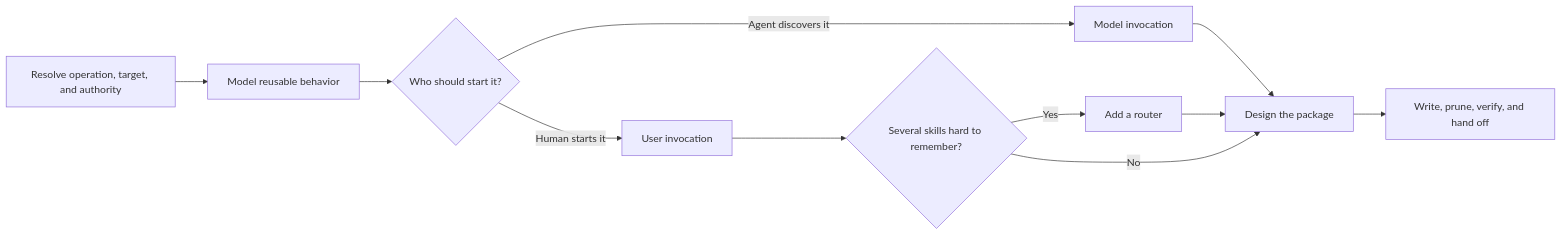
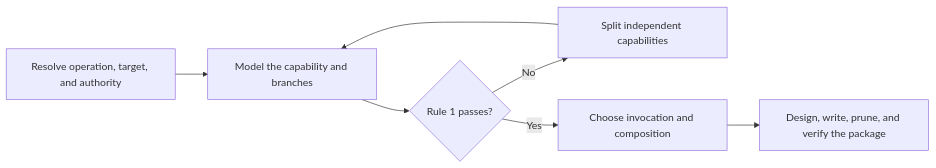
The diagram in plugin/skills/ptlam-creating-skill/SKILL.md (fam-tung-lam/ptlam-agent-plugin), drawn with Mermaid before and after one commit. The commit also changed other lines of this file and 7 other files, not shown here.

````diff
--- a/plugin/skills/ptlam-creating-skill/SKILL.md
+++ b/plugin/skills/ptlam-creating-skill/SKILL.md
@@ -12,13 +28,9 @@
 ```mermaid
 flowchart LR
-    A[Resolve operation, target, and authority] --> B[Model reusable behavior]
-    B --> C{Who should start it?}
-    C -- Agent discovers it --> D[Model invocation]
-    C -- Human starts it --> E[User invocation]
-    E --> F{Several skills hard to remember?}
-    F -- Yes --> G[Add a router]
-    F -- No --> H[Design the package]
-    D --> H
-    G --> H
-    H --> I[Write, prune, verify, and hand off]
+    A[Resolve operation, target, and authority] --> B[Model the capability and branches]
+    B --> C{Rule 1 passes?}
+    C -- No --> D[Split independent capabilities]
+    D --> B
+    C -- Yes --> E[Choose invocation and composition]
+    E --> F[Design, write, prune, and verify the package]
 ```
````
